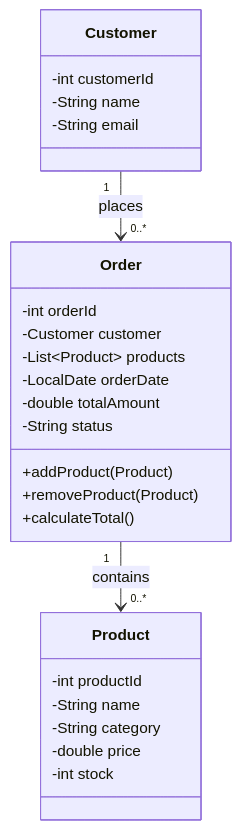
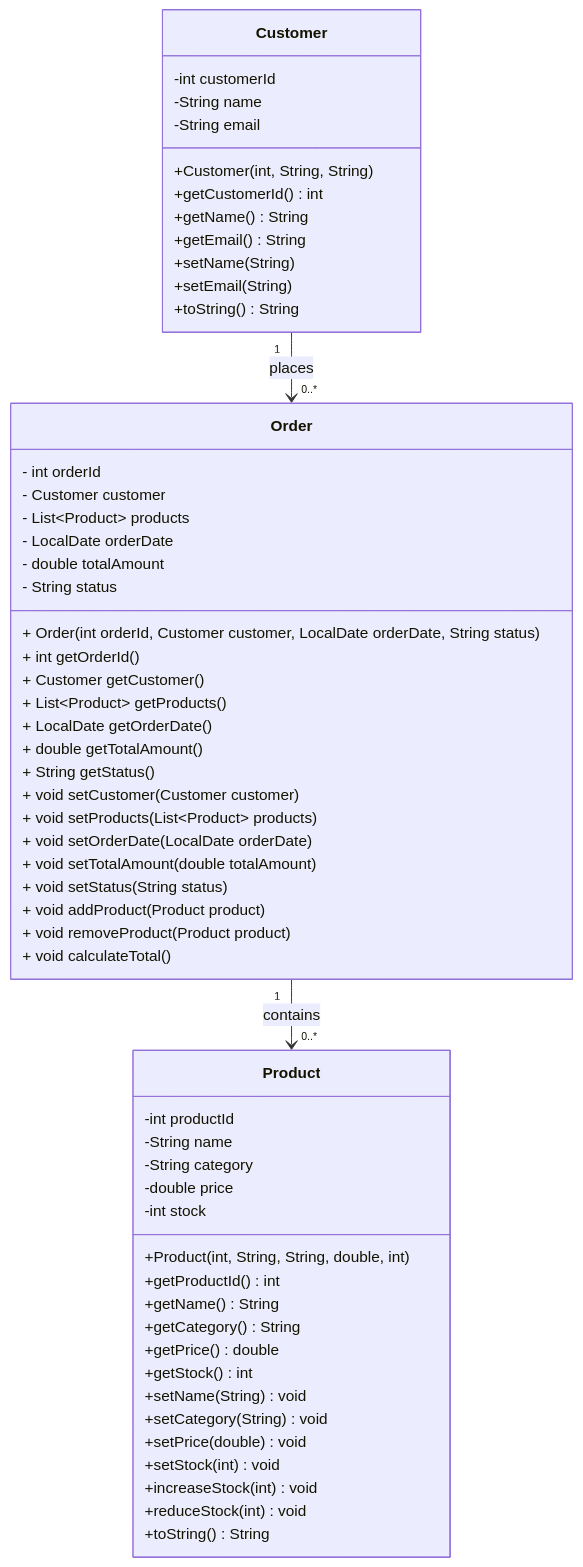
Before and after one commit to jayani-athukorala/java-oop-exercise: the fifth of 5 diagrams in README.md, drawn with Mermaid. The commit also changed 1 other file, not shown here.

Commit message:
modify ex5 uml

````diff
--- a/README.md
+++ b/README.md
@@ -107,32 +107,67 @@
 ```mermaid
 classDiagram
     class Customer {
         -int customerId
         -String name
         -String email
+        +Customer(int, String, String)
+        +getCustomerId() int
+        +getName() String
+        +getEmail() String
+        +setName(String)
+        +setEmail(String)
+        +toString() String
     }
 
     class Order {
-        -int orderId
-        -Customer customer
-        -List~Product~ products
-        -LocalDate orderDate
-        -double totalAmount
-        -String status
-        +addProduct(Product)
-        +removeProduct(Product)
-        +calculateTotal()
+      - int orderId
+      - Customer customer
+      - List~Product~ products
+      - LocalDate orderDate
+      - double totalAmount
+      - String status
+    
+      + Order(int orderId, Customer customer, LocalDate orderDate, String status)
+      + int getOrderId()
+      + Customer getCustomer()
+      + List~Product~ getProducts()
+      + LocalDate getOrderDate()
+      + double getTotalAmount()
+      + String getStatus()
+    
+      + void setCustomer(Customer customer)
+      + void setProducts(List~Product~ products)
+      + void setOrderDate(LocalDate orderDate)
+      + void setTotalAmount(double totalAmount)
+      + void setStatus(String status)
+          
+      + void addProduct(Product product)
+      + void removeProduct(Product product)
+      + void calculateTotal()
     }
 
     class Product {
         -int productId
         -String name
         -String category
         -double price
         -int stock
+        +Product(int, String, String, double, int)
+        +getProductId() int
+        +getName() String
+        +getCategory() String
+        +getPrice() double
+        +getStock() int
+        +setName(String) void
+        +setCategory(String) void
+        +setPrice(double) void
+        +setStock(int) void
+        +increaseStock(int) void
+        +reduceStock(int) void
+        +toString() String
     }
 
     %% Relationships
     Customer "1" --> "0..*" Order : places
     Order "1" --> "0..*" Product : contains
 ```
````
